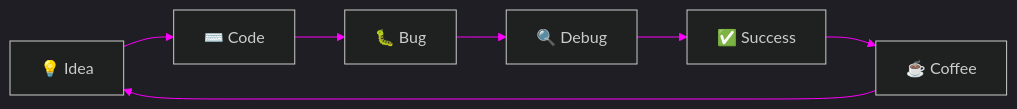
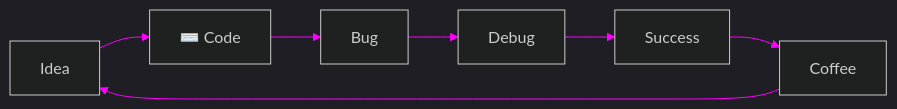
The diagram in README.md (q04ti/q04ti), drawn with Mermaid before and after one commit. The commit also changed other lines of this file, not shown here.

````diff
--- a/README.md
+++ b/README.md
@@ -140,10 +140,10 @@
 ```mermaid
 %%{init: {'theme': 'dark', 'themeVariables': { 'primaryColor': '#0d1117', 'primaryTextColor': '#00ff88', 'primaryBorderColor': '#00ff88', 'lineColor': '#ff00ff', 'secondaryColor': '#0d1117', 'tertiaryColor': '#0d1117'}}}%%
 flowchart LR
-    A[💡 Idea] --> B[⌨️ Code]
-    B --> C[🐛 Bug]
-    C --> D[🔍 Debug]
-    D --> E[✅ Success]
-    E --> F[☕ Coffee]
+    A[ Idea] --> B[⌨️ Code]
+    B --> C[ Bug]
+    C --> D[ Debug]
+    D --> E[ Success]
+    E --> F[ Coffee]
     F --> A
 ```
````
